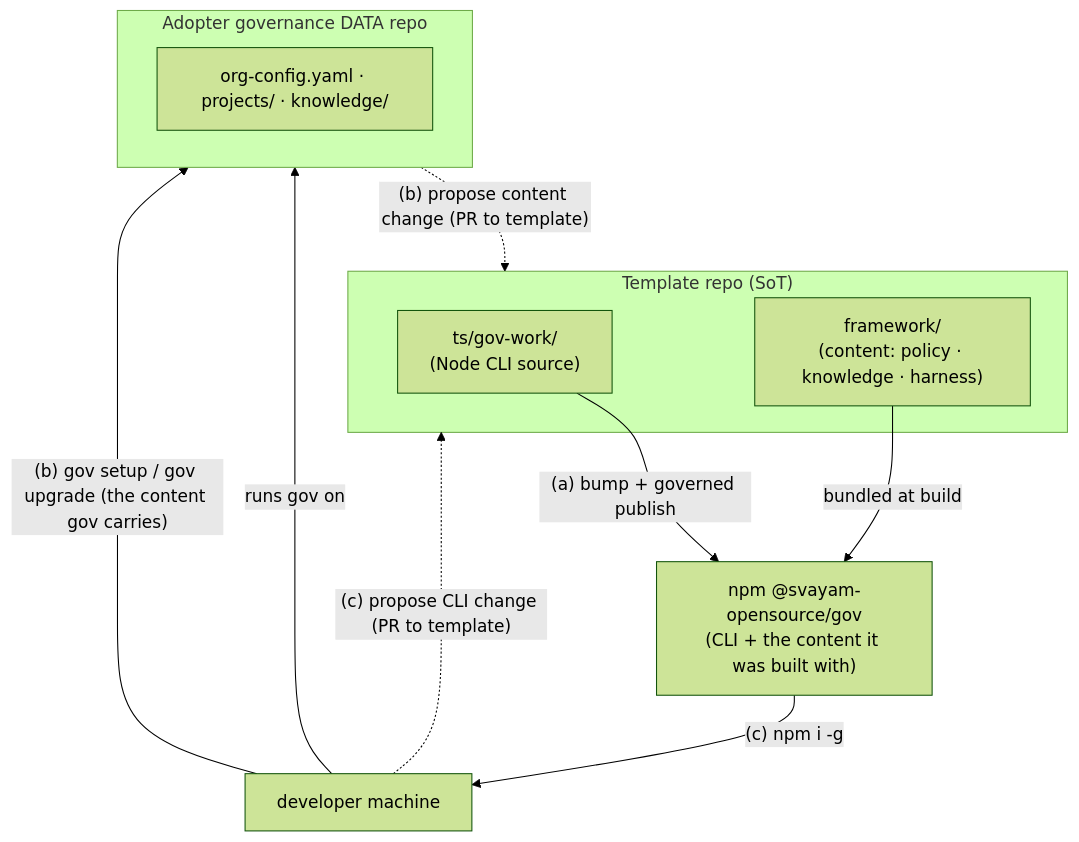
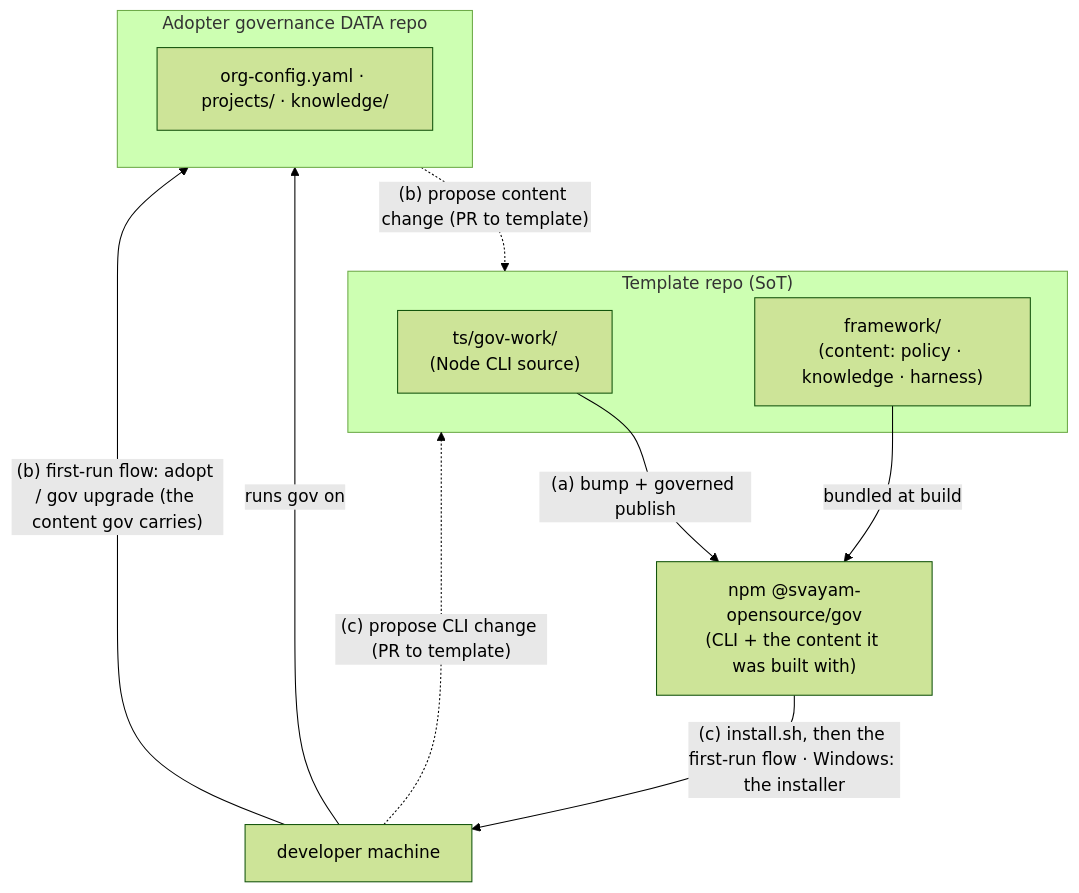
Before and after one commit to svayam-opensource/governed-agentic-dev-framework: the diagram in docs/operating-model.md, drawn with Mermaid (forest theme). The commit also changed other lines of this file and 30 other files, not shown here.

First line of the commit message:
L09: one entry point for people — install.sh, then the first-run flow (PRJ-121 intent 01)

````diff
--- a/docs/operating-model.md
+++ b/docs/operating-model.md
@@ -18,17 +18,17 @@
 ```mermaid
 flowchart TD
   subgraph TPL["Template repo (SoT)"]
     CLISRC["ts/gov-work/<br/>(Node CLI source)"]
     CONTENT["framework/<br/>(content: policy · knowledge · harness)"]
   end
   CLISRC -->|"(a) bump + governed publish"| NPM["npm @svayam-opensource/gov<br/>(CLI + the content it was built with)"]
   CONTENT -->|"bundled at build"| NPM
   subgraph ADOPT["Adopter governance DATA repo"]
     DATA["org-config.yaml · projects/ · knowledge/"]
   end
-  NPM -->|"(c) npm i -g"| DEV["developer machine"]
+  NPM -->|"(c) install.sh, then the first-run flow · Windows: the installer"| DEV["developer machine"]
   DEV -->|"runs gov on"| ADOPT
-  DEV -->|"(b) gov setup / gov upgrade (the content gov carries)"| ADOPT
+  DEV -->|"(b) first-run flow: adopt / gov upgrade (the content gov carries)"| ADOPT
   ADOPT -.->|"(b) propose content change (PR to template)"| TPL
   DEV -.->|"(c) propose CLI change (PR to template)"| TPL
 ```
````
